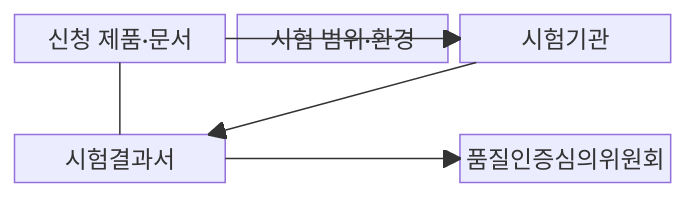
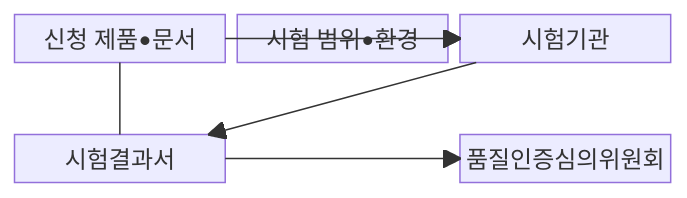
The first of 2 diagrams in src/content/docs/notes/06-evaluation/031_tta_sw_quality_test.md (agnusdei1207/knowledge-base), drawn with Mermaid before and after one commit. The commit also changed other lines of this file and 953 other files, not shown here.

````diff
--- a/src/content/docs/notes/06-evaluation/031_tta_sw_quality_test.md
+++ b/src/content/docs/notes/06-evaluation/031_tta_sw_quality_test.md
@@ -67,12 +67,12 @@
 ```mermaid
 block-beta
   columns 3
-    P["신청 제품·문서"] E["시험 범위·환경"] T["시험기관"]
+    P["신청 제품•문서"] E["시험 범위•환경"] T["시험기관"]
     space:3
     R["시험결과서"] space C["품질인증심의위원회"]
     P --> T
     E --> T
     T --> R
     R --> C
   P --- R
 ```
````
